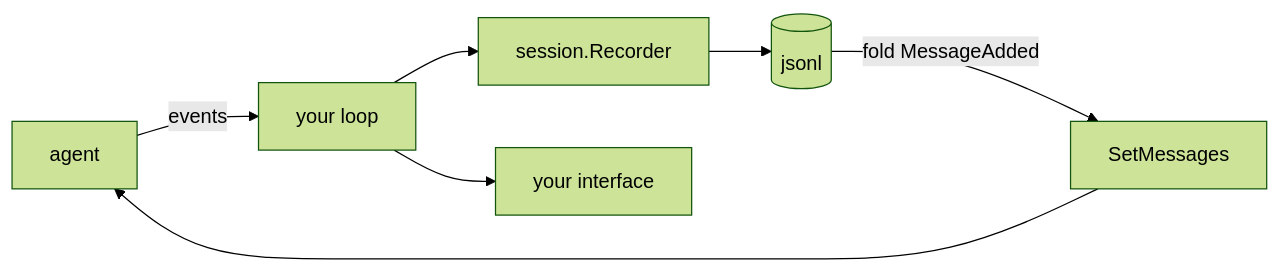
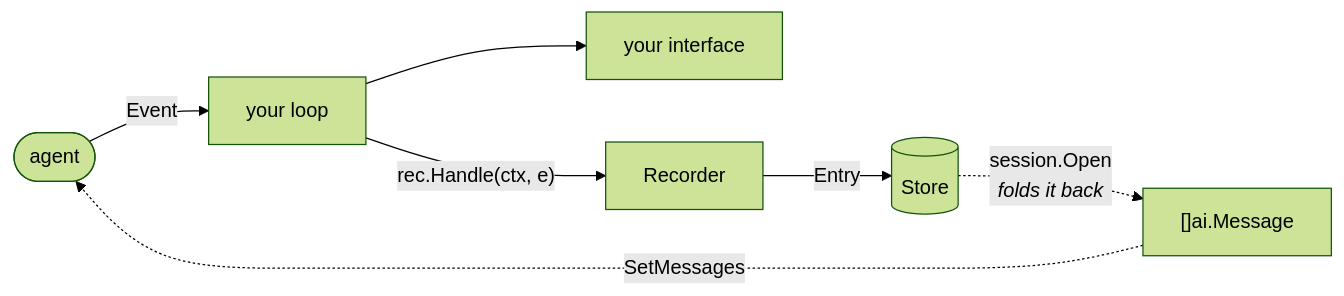
One commit to genai-io/sdk-go changed the fifth of 5 diagrams in docs/agent.md. Above: the diagram before and after it, drawn with Mermaid (forest theme). The commit also changed other lines of this file and 3 other files, not shown here.

````diff
--- a/docs/agent.md
+++ b/docs/agent.md
@@ -356,9 +356,9 @@
 ```mermaid
 flowchart LR
-    agent[agent] -->|events| loop[your loop]
-    loop --> rec[session.Recorder]
-    loop --> ui[your interface]
-    rec --> store[(jsonl)]
-    store -->|fold MessageAdded| restore[SetMessages]
-    restore --> agent
+    agent(["agent"]) -->|"Event"| loop["your loop"]
+    loop --> ui["your interface"]
+    loop -->|"rec.Handle(ctx, e)"| rec["Recorder"]
+    rec -->|"Entry"| store[("Store")]
+    store -.->|"session.Open<br/><i>folds it back</i>"| hist["[]ai.Message"]
+    hist -.->|"SetMessages"| agent
 ```
````
